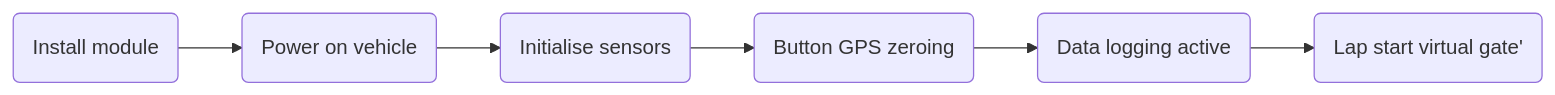
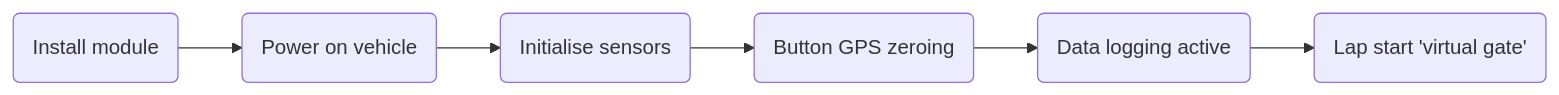
Before and after one commit to ptmotorsport/PT-IMU2CAN: the second of 4 diagrams in README.md, drawn with Mermaid. The commit also changed other lines of this file, not shown here.

````diff
--- a/README.md
+++ b/README.md
@@ -40,9 +40,9 @@
 ```mermaid
 flowchart LR
 
 F(Install module) --> G(Power on vehicle)
 G --> H(Initialise sensors)
 H --> I(Button GPS zeroing)
 I --> J(Data logging active)
-J --> K(Lap start virtual gate')
+J --> K(Lap start 'virtual gate')
 ```
````
